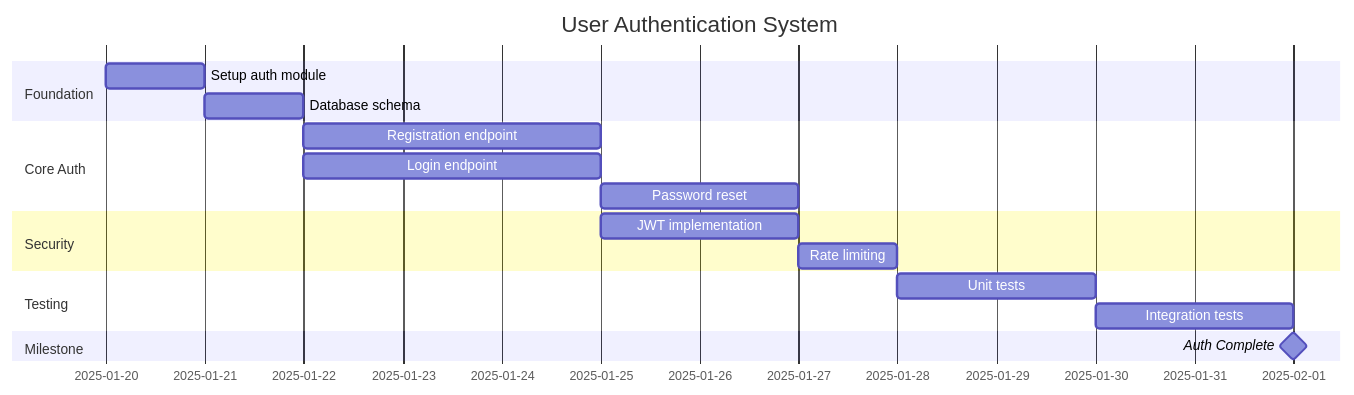
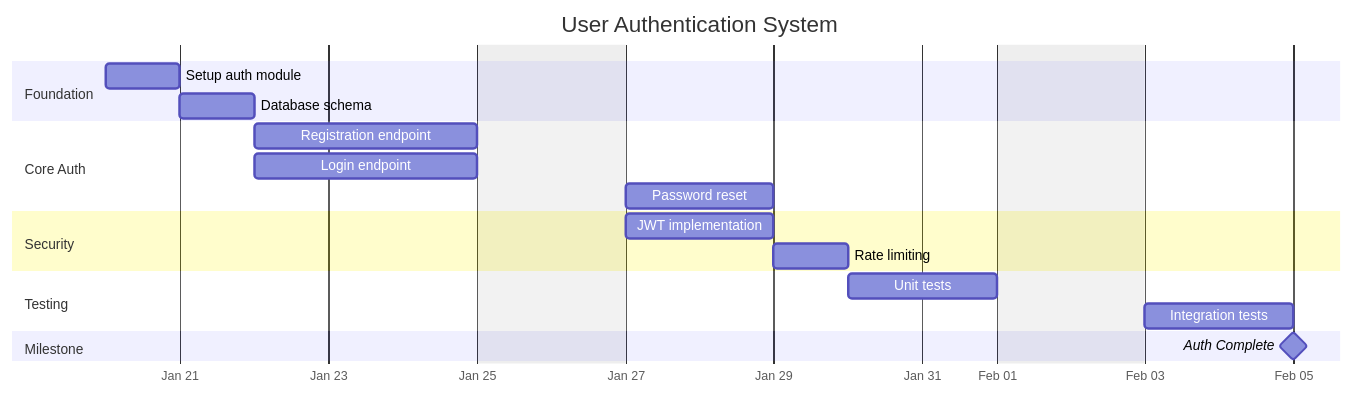
Before and after one commit to britt/agent-skills: the second of 2 diagrams in skills/timeline-planning/SKILL.md, drawn with Mermaid. The commit also changed other lines of this file and 8 other files, not shown here.

First line of the commit message:
fix(timeline-planning): close the gaps an end-to-end run surfaced (#80)

````diff
--- a/skills/timeline-planning/SKILL.md
+++ b/skills/timeline-planning/SKILL.md
@@ -132,25 +250,27 @@
 ```mermaid
 gantt
     title User Authentication System
     dateFormat YYYY-MM-DD
+    axisFormat %b %d
+    excludes weekends
 
     section Foundation
     Setup auth module       :a, 2025-01-20, 1d
     Database schema         :b, after a, 1d
 
     section Core Auth
     Registration endpoint   :c, after b, 3d
     Login endpoint          :d, after b, 3d
     Password reset          :e, after c, 2d
 
     section Security
     JWT implementation      :f, after d, 2d
     Rate limiting           :g, after f, 1d
 
     section Testing
     Unit tests              :h, after e g, 2d
     Integration tests       :i, after h, 2d
 
     section Milestone
     Auth Complete           :milestone, m1, after i, 0d
 ```
````
